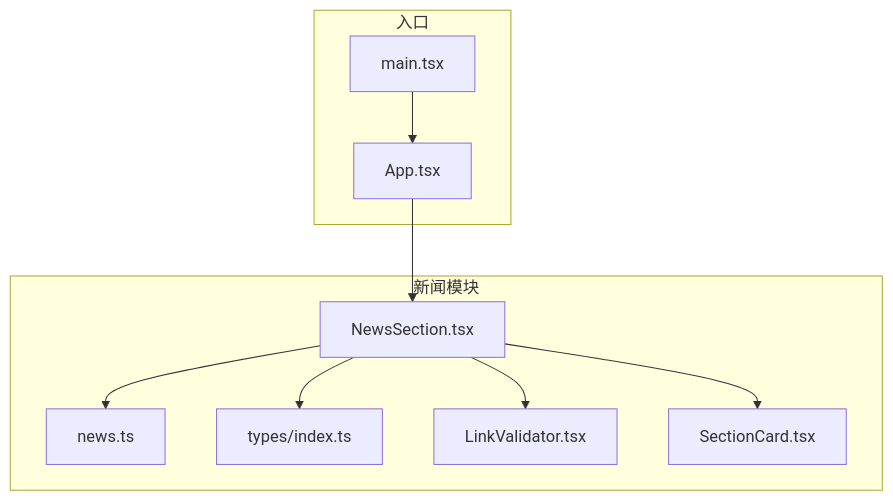
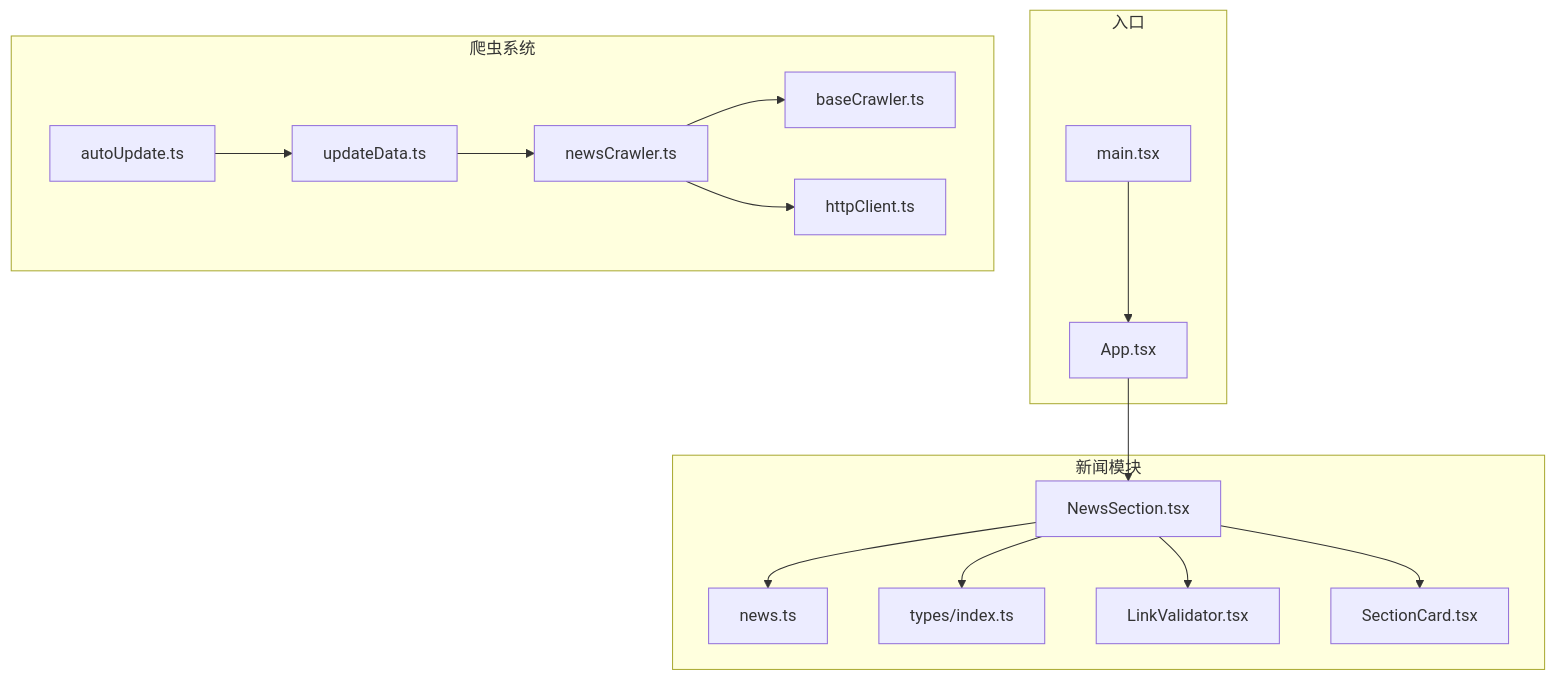
The first of 7 diagrams in .qoder/repowiki/zh/content/数据管理/新闻数据管理/新闻数据管理.md (liangxuanliang-cmd/carbon-info-agent), drawn with Mermaid before and after one commit. The commit also changed other lines of this file and 7 other files, not shown here.

````diff
--- a/.qoder/repowiki/zh/content/数据管理/新闻数据管理/新闻数据管理.md
+++ b/.qoder/repowiki/zh/content/数据管理/新闻数据管理/新闻数据管理.md
@@ -42,20 +56,31 @@
 ```mermaid
 graph TB
 subgraph "入口"
 MAIN["main.tsx"]
 APP["App.tsx"]
 end
 subgraph "新闻模块"
 NEWS_SECTION["NewsSection.tsx"]
 NEWS_DATA["news.ts"]
 TYPES["types/index.ts"]
 LINK_VALIDATOR["LinkValidator.tsx"]
 SECTION_CARD["SectionCard.tsx"]
 end
+subgraph "爬虫系统"
+BASE_CRAWLER["baseCrawler.ts"]
+NEWS_CRAWLER["newsCrawler.ts"]
+HTTP_CLIENT["httpClient.ts"]
+UPDATE_DATA["updateData.ts"]
+AUTO_UPDATE["autoUpdate.ts"]
+end
 MAIN --> APP
 APP --> NEWS_SECTION
 NEWS_SECTION --> NEWS_DATA
 NEWS_SECTION --> LINK_VALIDATOR
 NEWS_SECTION --> SECTION_CARD
 NEWS_SECTION --> TYPES
+NEWS_CRAWLER --> BASE_CRAWLER
+NEWS_CRAWLER --> HTTP_CLIENT
+UPDATE_DATA --> NEWS_CRAWLER
+AUTO_UPDATE --> UPDATE_DATA
 ```
````
